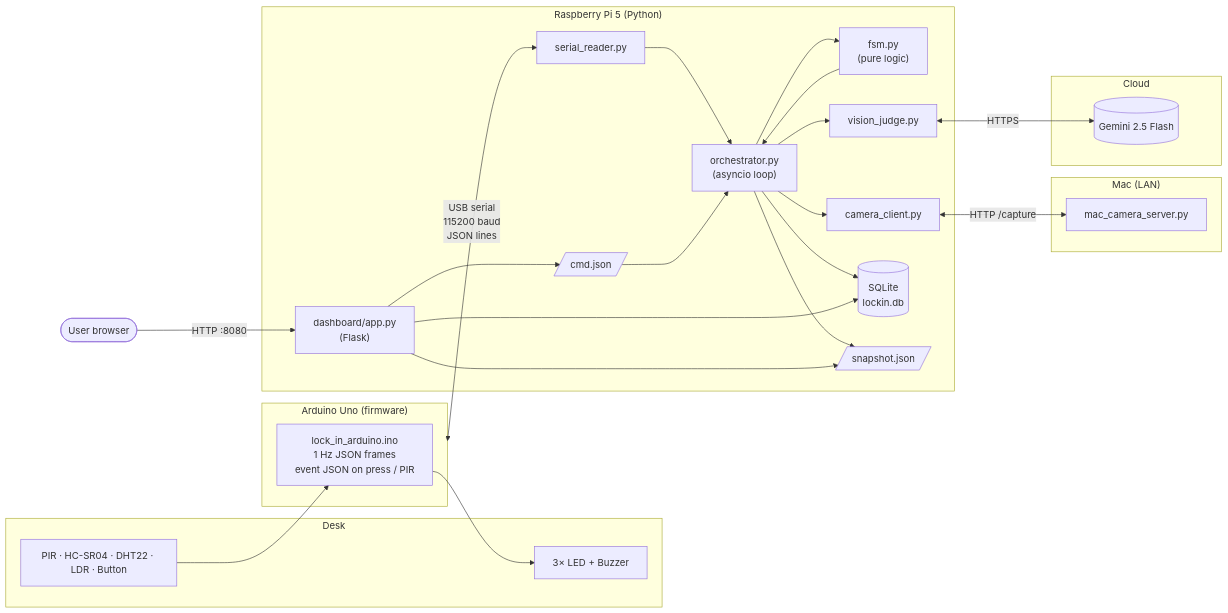
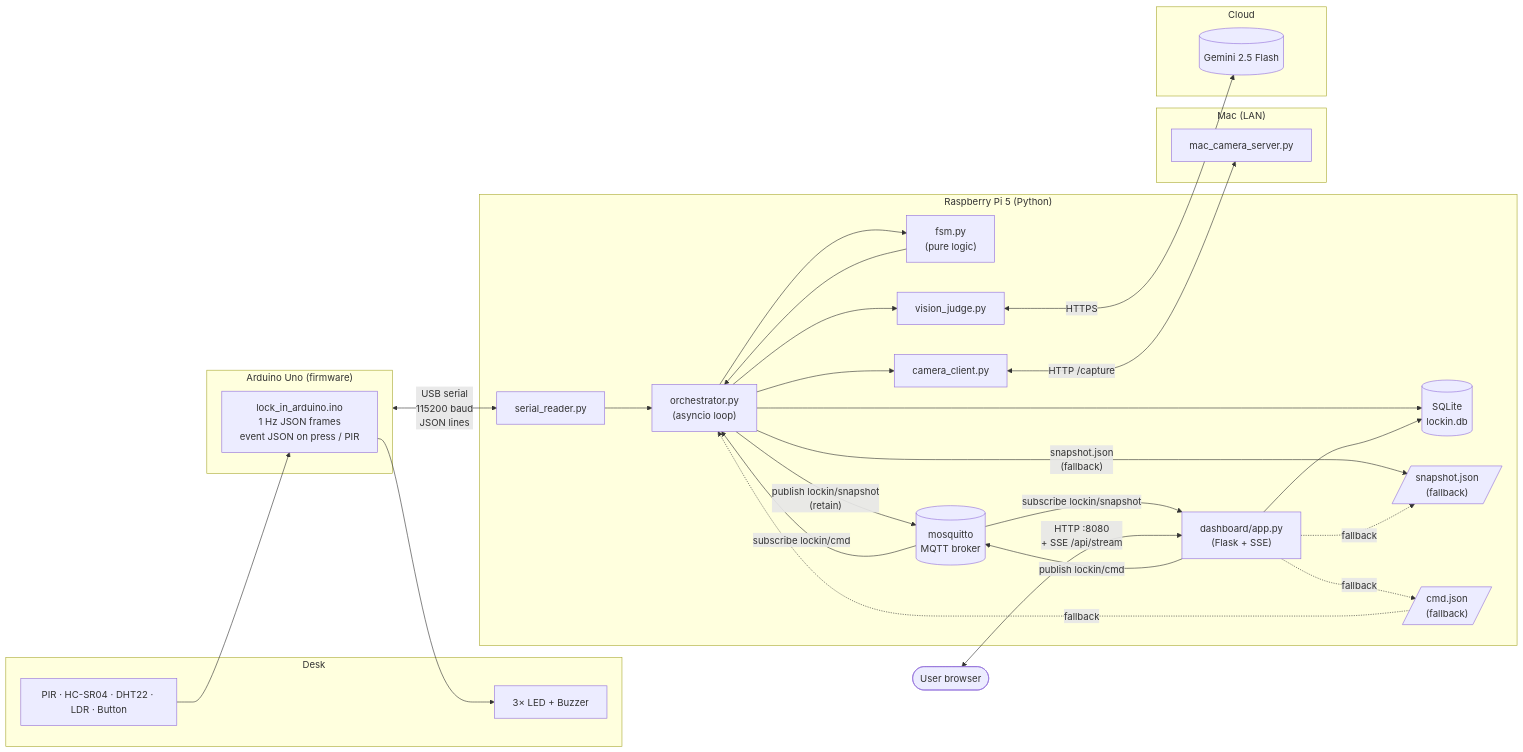
Before and after one commit to Clupai8o0/lock-in-complete: the first of 4 diagrams in docs/architecture.md, drawn with Mermaid. The commit also changed other lines of this file and 17 other files, not shown here.

````diff
--- a/docs/architecture.md
+++ b/docs/architecture.md
@@ -11,48 +11,53 @@
 ```mermaid
 flowchart LR
     subgraph Desk["Desk"]
         sensors["PIR · HC-SR04 · DHT22 · LDR · Button"]
         leds["3× LED + Buzzer"]
     end
 
     subgraph Uno["Arduino Uno (firmware)"]
         sensors --> fw["lock_in_arduino.ino<br/>1 Hz JSON frames<br/>event JSON on press / PIR"]
         fw --> leds
     end
 
     subgraph Pi["Raspberry Pi 5 (Python)"]
         ser["serial_reader.py"]
         orch["orchestrator.py<br/>(asyncio loop)"]
         fsm["fsm.py<br/>(pure logic)"]
         vis["vision_judge.py"]
         cam["camera_client.py"]
         db[("SQLite<br/>lockin.db")]
-        snap[/"snapshot.json"/]
-        cmd[/"cmd.json"/]
-        dash["dashboard/app.py<br/>(Flask)"]
+        broker[("mosquitto<br/>MQTT broker")]
+        snap[/"snapshot.json<br/>(fallback)"/]
+        cmd[/"cmd.json<br/>(fallback)"/]
+        dash["dashboard/app.py<br/>(Flask + SSE)"]
     end
 
     subgraph Mac["Mac (LAN)"]
         webcam["mac_camera_server.py"]
     end
 
     subgraph Cloud["Cloud"]
         gemini[("Gemini 2.5 Flash")]
     end
 
     Uno <-->|"USB serial<br/>115200 baud<br/>JSON lines"| ser
     ser --> orch
     orch --> fsm
     fsm --> orch
     orch --> db
-    orch --> snap
+    orch -->|"publish lockin/snapshot<br/>(retain)"| broker
+    orch -->|"snapshot.json<br/>(fallback)"| snap
     orch --> cam
     cam <-->|"HTTP /capture"| webcam
     orch --> vis
     vis <-->|"HTTPS"| gemini
-    cmd --> orch
-    dash --> cmd
-    dash --> snap
+    broker -->|"subscribe lockin/cmd"| orch
+    dash -->|"publish lockin/cmd"| broker
+    broker -->|"subscribe lockin/snapshot"| dash
+    cmd -.->|"fallback"| orch
+    dash -.->|"fallback"| cmd
+    dash -.->|"fallback"| snap
     dash --> db
-    user(["User browser"]) -->|"HTTP :8080"| dash
+    user(["User browser"]) <-->|"HTTP :8080<br/>+ SSE /api/stream"| dash
 ```
````
